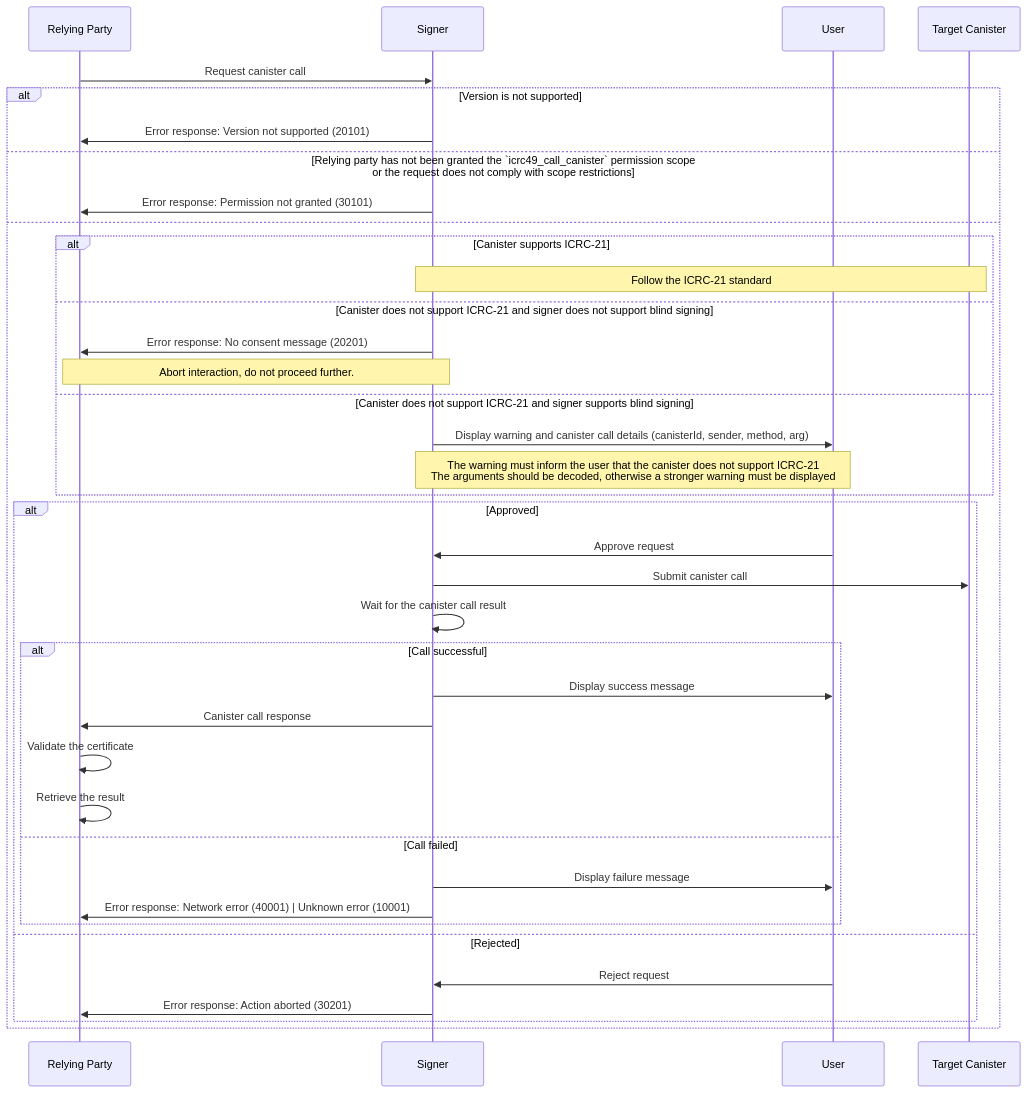
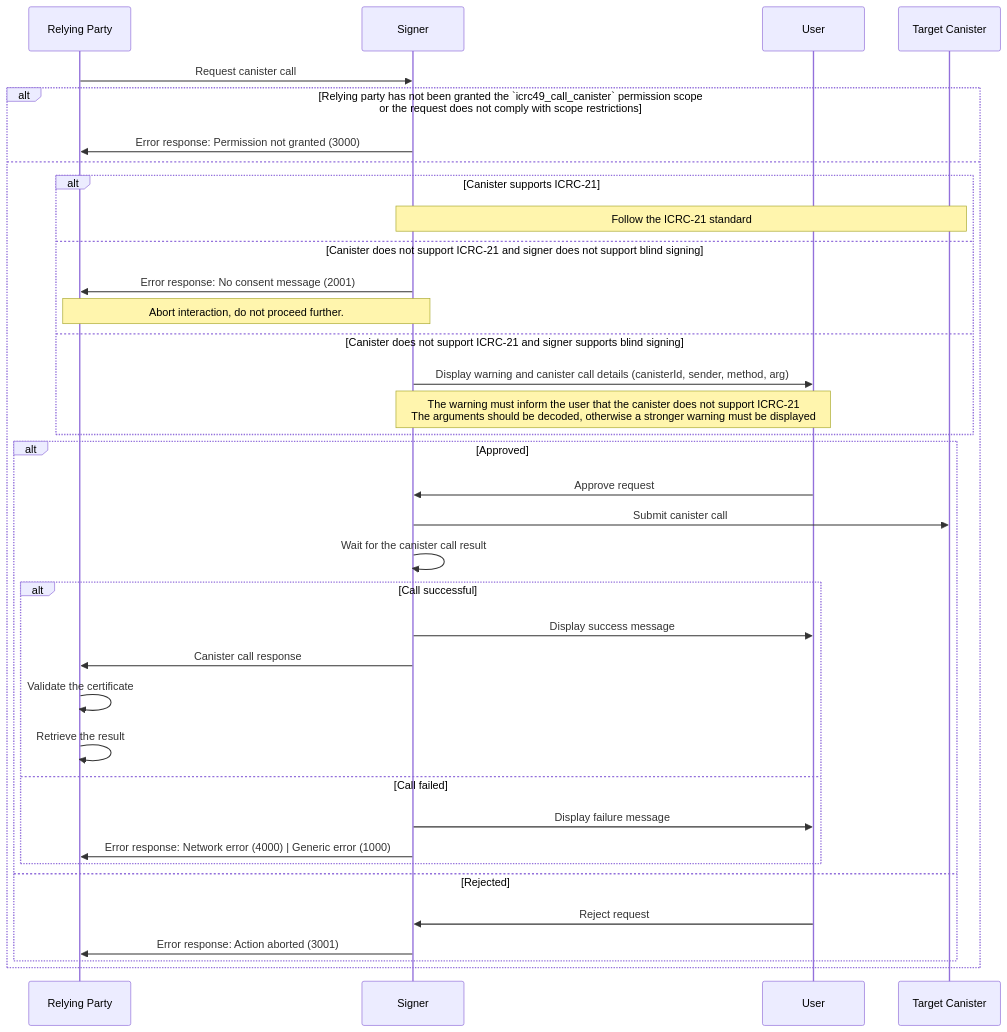
One commit to dfinity/wg-identity-authentication changed the diagram in topics/icrc_49_call_canister.md. Above: the diagram before and after it, drawn with Mermaid. The commit also changed other lines of this file, not shown here.

First line of the commit message:
ICRC-49: Drop version and align errors

````diff
--- a/topics/icrc_49_call_canister.md
+++ b/topics/icrc_49_call_canister.md
@@ -153,41 +146,39 @@
 ```mermaid
 sequenceDiagram
     participant RP as Relying Party
     participant S as Signer
     participant U as User
     participant C as Target Canister
 
     RP ->> S: Request canister call
-    alt Version is not supported
-        S ->> RP: Error response: Version not supported (20101)
-    else Relying party has not been granted the `icrc49_call_canister` permission scope<br>or the request does not comply with scope restrictions
-        S ->> RP: Error response: Permission not granted (30101)
+    alt Relying party has not been granted the `icrc49_call_canister` permission scope<br>or the request does not comply with scope restrictions
+        S ->> RP: Error response: Permission not granted (3000)
     else
         alt Canister supports ICRC-21
             Note over S,C: Follow the ICRC-21 standard
         else Canister does not support ICRC-21 and signer does not support blind signing
-            S ->> RP: Error response: No consent message (20201)
+            S ->> RP: Error response: No consent message (2001)
             Note over RP,S: Abort interaction, do not proceed further.
         else Canister does not support ICRC-21 and signer supports blind signing
             S ->> U: Display warning and canister call details (canisterId, sender, method, arg)
             Note over S,U: The warning must inform the user that the canister does not support ICRC-21<br/>The arguments should be decoded, otherwise a stronger warning must be displayed
         end
         alt Approved
             U ->> S: Approve request
             S ->> C: Submit canister call
             S ->> S: Wait for the canister call result
             alt Call successful
                 S ->> U: Display success message
                 S ->> RP: Canister call response
                 RP ->> RP: Validate the certificate
                 RP ->> RP: Retrieve the result
             else Call failed
                 S ->> U: Display failure message
-                S ->> RP: Error response: Network error (40001) | Unknown error (10001)
+                S ->> RP: Error response: Network error (4000) | Generic error (1000)
             end
         else Rejected
             U ->> S: Reject request
-            S ->> RP: Error response: Action aborted (30201)
+            S ->> RP: Error response: Action aborted (3001)
         end
     end
 ```
````
